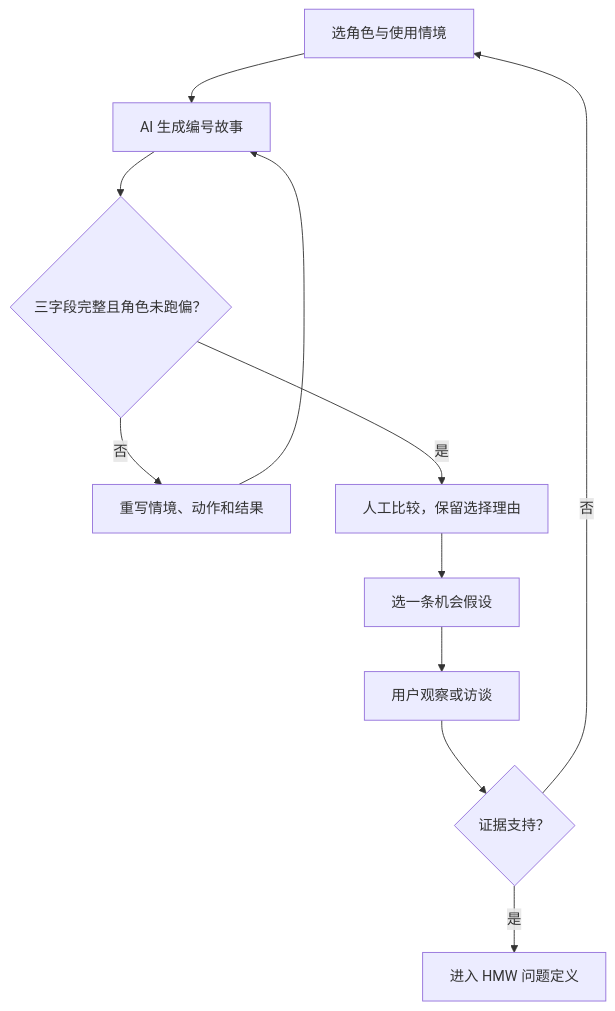
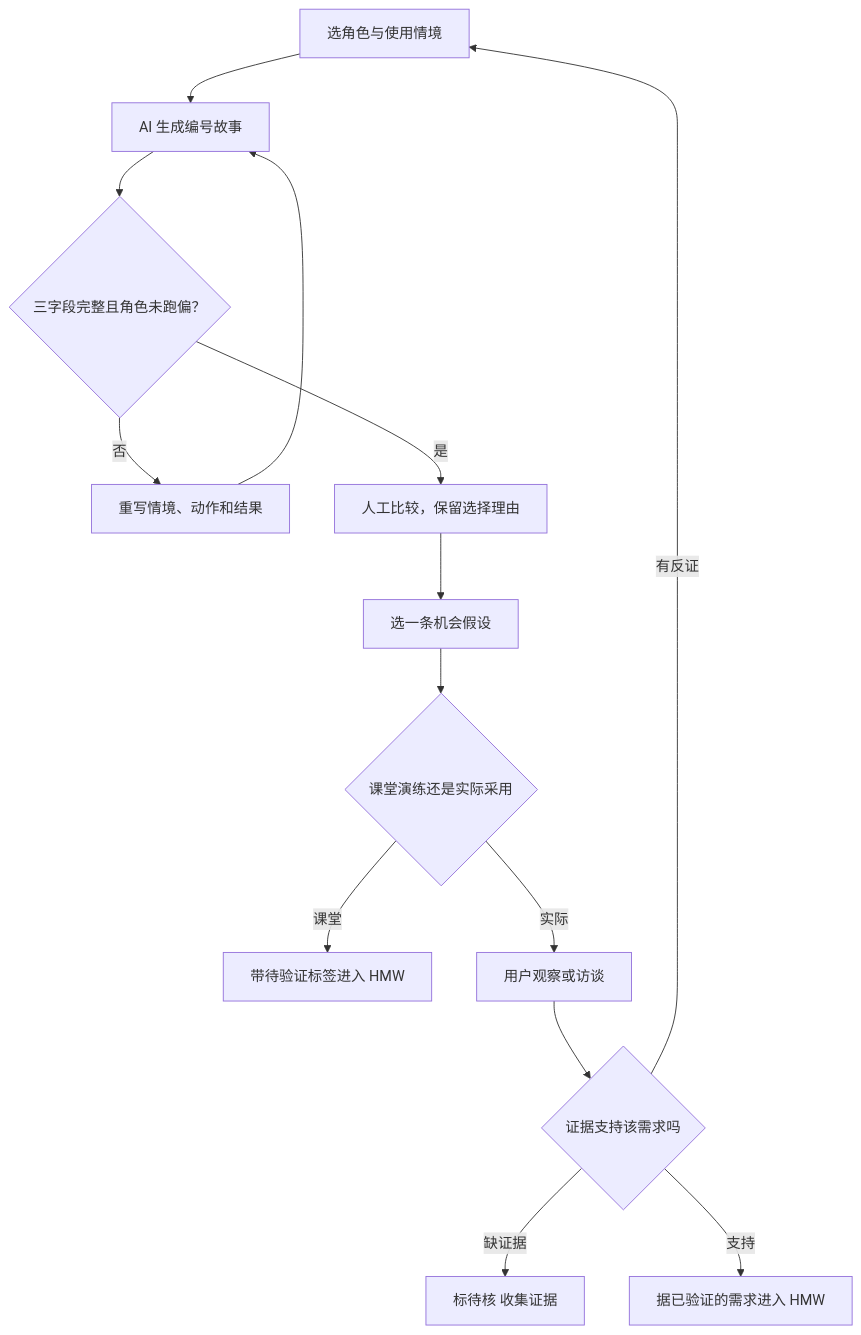
One commit to CercaTrovato/cityu-ai-course-notes changed the second of 7 diagrams in IS5542_GenAI_in_Business/notes/M04-设计思维-业务机会识别与AI创意工作坊.md. Above: the diagram before and after it, drawn with Mermaid. The commit also changed other lines of this file and 2300 other files, not shown here.

First line of the commit message:
完善五课程逐页学习笔记、课件原图与修补规范

````diff
--- a/IS5542_GenAI_in_Business/notes/M04-设计思维-业务机会识别与AI创意工作坊.md
+++ b/IS5542_GenAI_in_Business/notes/M04-设计思维-业务机会识别与AI创意工作坊.md
@@ -633,13 +1256,16 @@
 ```mermaid
 flowchart TD
  A[选角色与使用情境] --> B[AI 生成编号故事]
  B --> C{三字段完整且角色未跑偏？}
  C -- 否 --> D[重写情境、动作和结果]
  D --> B
  C -- 是 --> E[人工比较，保留选择理由]
  E --> F[选一条机会假设]
- F --> G[用户观察或访谈]
- G --> H{证据支持？}
- H -- 否 --> A
- H -- 是 --> I[进入 HMW 问题定义]
+ F --> MODE{课堂演练还是实际采用}
+ MODE -->|课堂| P[带待验证标签进入 HMW]
+ MODE -->|实际| G[用户观察或访谈]
+ G --> H{证据支持该需求吗}
+ H -->|缺证据| Q[标待核 收集证据]
+ H -->|有反证| A
+ H -->|支持| I[据已验证的需求进入 HMW]
 ```
````
